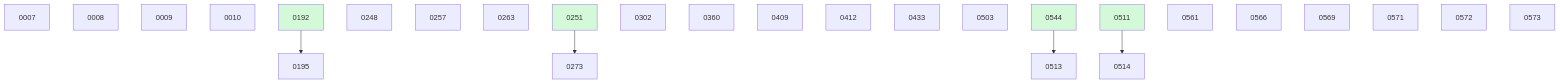
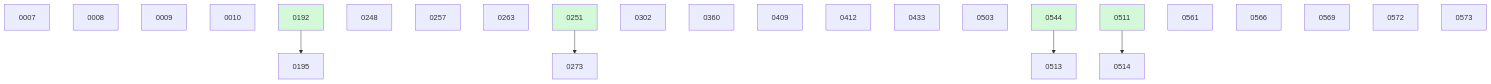
Before and after one commit to danielhanold/docket: the diagram in docs/changes/BOARD.md, drawn with Mermaid. The commit also changed other lines of this file and 4 other files, not shown here.

````diff
--- a/docs/changes/BOARD.md
+++ b/docs/changes/BOARD.md
@@ -43,31 +42,30 @@
 ```mermaid
 graph TD
   0007
   0008
   0009
   0010
   0192 --> 0195
   0248
   0257
   0263
   0251 --> 0273
   0302
   0360
   0409
   0412
   0433
   0503
   0544 --> 0513
   0511 --> 0514
   0561
   0566
   0569
-  0571
   0572
   0573
   0192:::done
   0251:::done
   0511:::done
   0544:::done
   classDef done fill:#d3f9d8;
 ```
````
